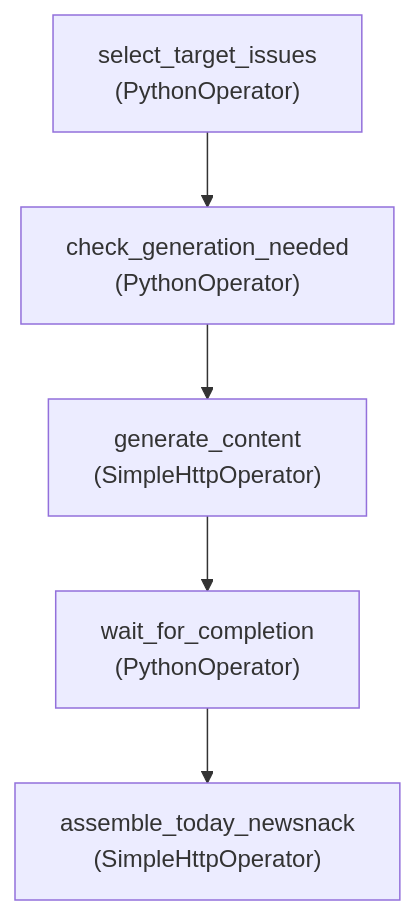
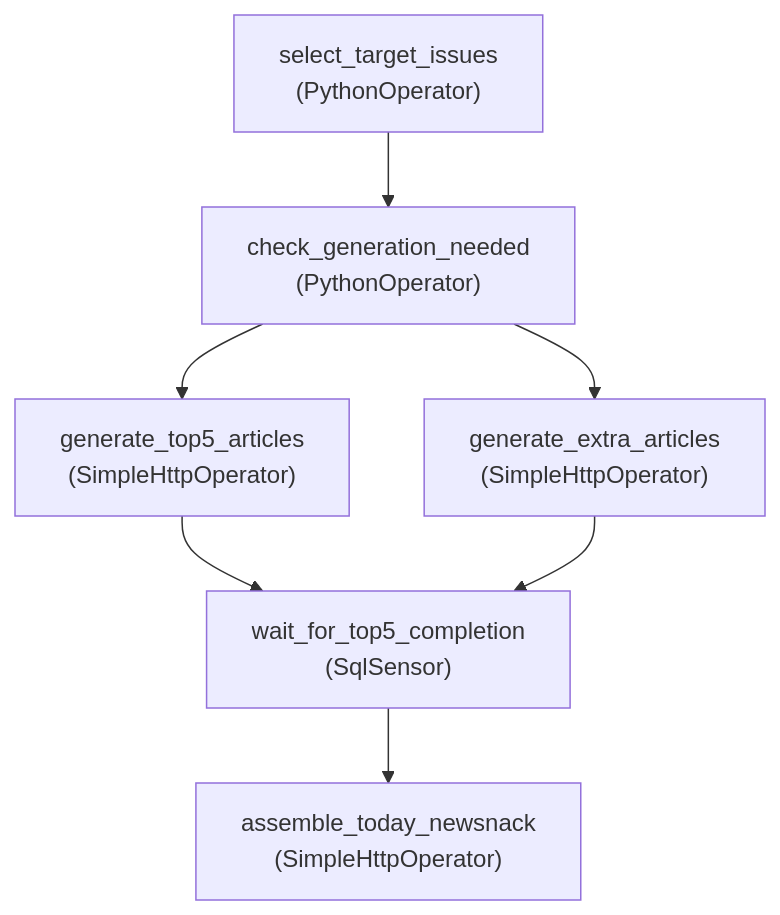
The second of 2 diagrams in _posts/project/newsnack/2026-02-23-newsnack-airflow-pipeline.md (23tae/23tae.github.io), drawn with Mermaid before and after one commit. The commit also changed other lines of this file, not shown here.

````diff
--- a/_posts/project/newsnack/2026-02-23-newsnack-airflow-pipeline.md
+++ b/_posts/project/newsnack/2026-02-23-newsnack-airflow-pipeline.md
@@ -78,7 +73,9 @@
 ```mermaid
 graph TD
     A["select_target_issues<br>(PythonOperator)"] --> B["check_generation_needed<br>(PythonOperator)"]
-    B --> C["generate_content<br>(SimpleHttpOperator)"]
-    C --> D["wait_for_completion<br>(PythonOperator)"]
-    D --> E["assemble_today_newsnack<br>(SimpleHttpOperator)"]
+    B --> C["generate_top5_articles<br>(SimpleHttpOperator)"]
+    B --> D["generate_extra_articles<br>(SimpleHttpOperator)"]
+    C --> E["wait_for_top5_completion<br>(SqlSensor)"]
+    D --> E
+    E --> F["assemble_today_newsnack<br>(SimpleHttpOperator)"]
 ```
````
